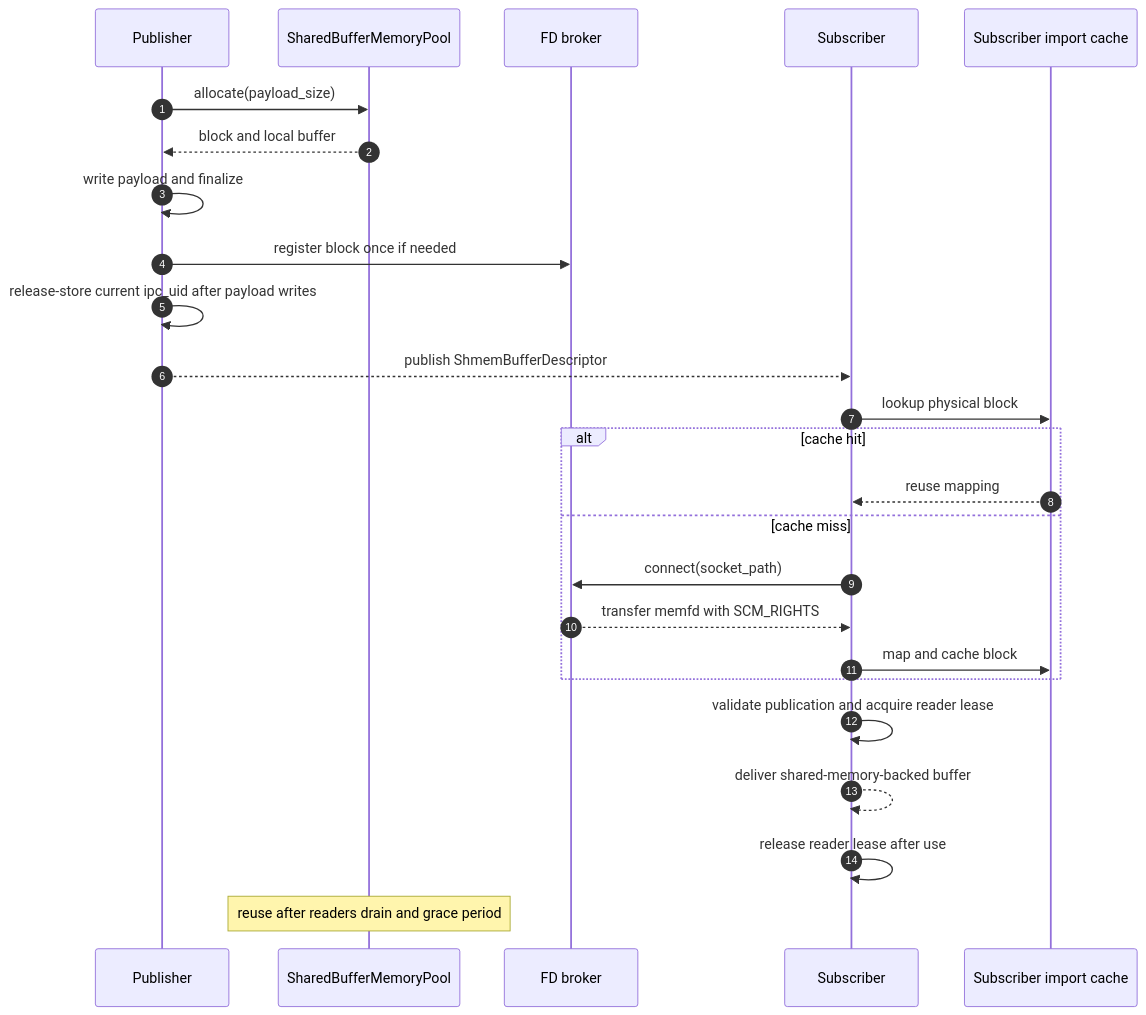
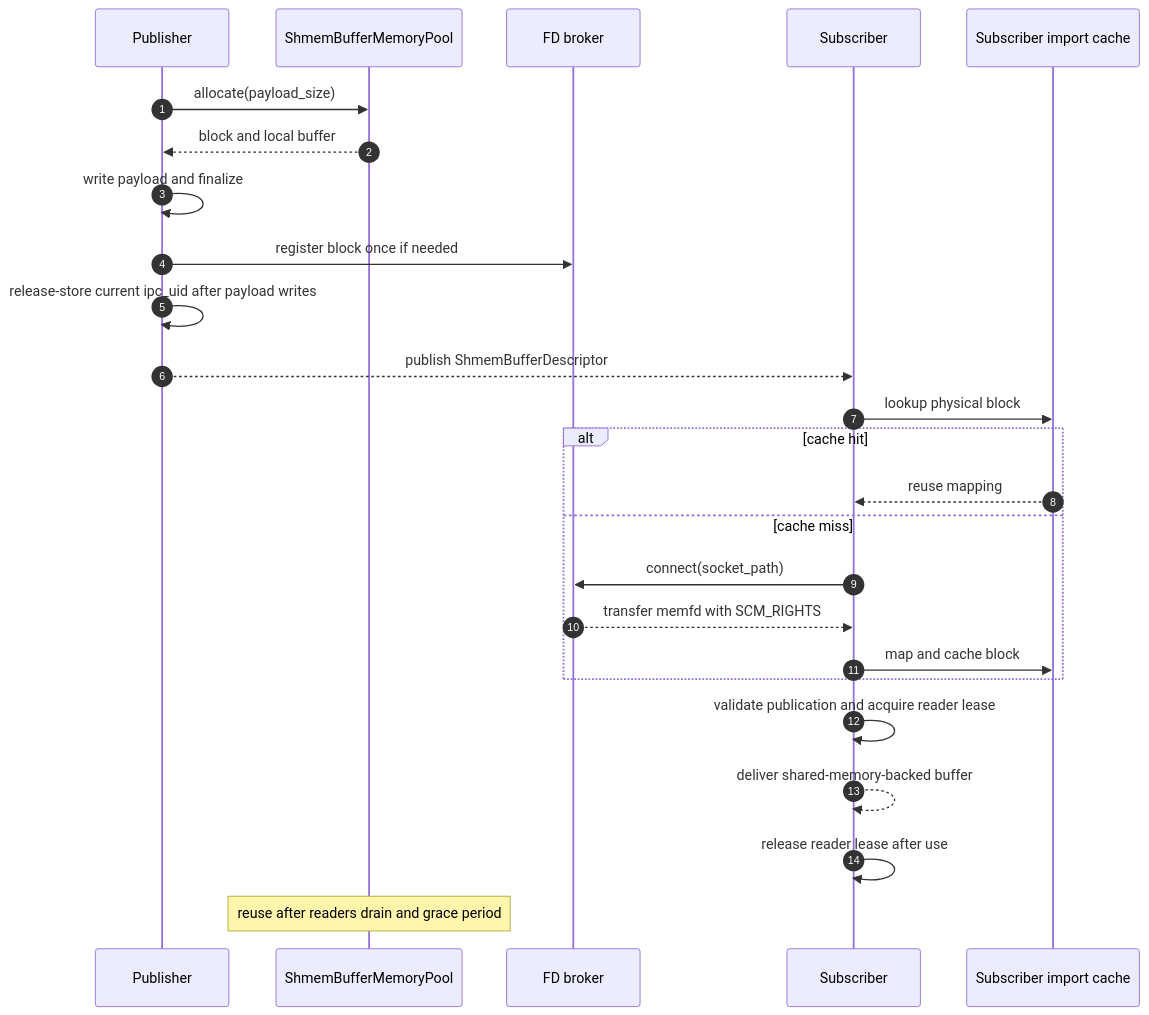
The second of 6 diagrams in docs/shmem_buffer_backend_design.md (dskkato/shmem_buffer_backend), drawn with Mermaid before and after one commit. The commit also changed other lines of this file and 19 other files, not shown here.

Commit message:
Rename shared buffer classes to ShmemBuffer

````diff
--- a/docs/shmem_buffer_backend_design.md
+++ b/docs/shmem_buffer_backend_design.md
@@ -74,30 +74,30 @@
 ```mermaid
 sequenceDiagram
   autonumber
   participant Pub as Publisher
-  participant Pool as SharedBufferMemoryPool
+  participant Pool as ShmemBufferMemoryPool
   participant Broker as FD broker
   participant Sub as Subscriber
   participant Cache as Subscriber import cache
 
   Pub->>Pool: allocate(payload_size)
   Pool-->>Pub: block and local buffer
   Pub->>Pub: write payload and finalize
   Pub->>Broker: register block once if needed
   Pub->>Pub: release-store current ipc_uid after payload writes
   Pub-->>Sub: publish ShmemBufferDescriptor
 
   Sub->>Cache: lookup physical block
   alt cache hit
     Cache-->>Sub: reuse mapping
   else cache miss
     Sub->>Broker: connect(socket_path)
     Broker-->>Sub: transfer memfd with SCM_RIGHTS
     Sub->>Cache: map and cache block
   end
 
   Sub->>Sub: validate publication and acquire reader lease
   Sub-->>Sub: deliver shared-memory-backed buffer
   Sub->>Sub: release reader lease after use
   Note over Pool: reuse after readers drain and grace period
 ```
````
